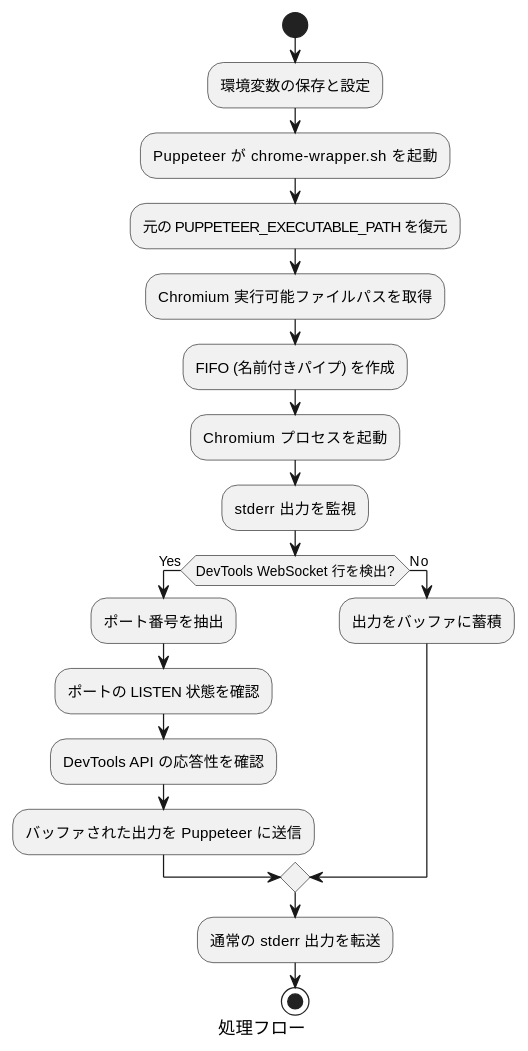
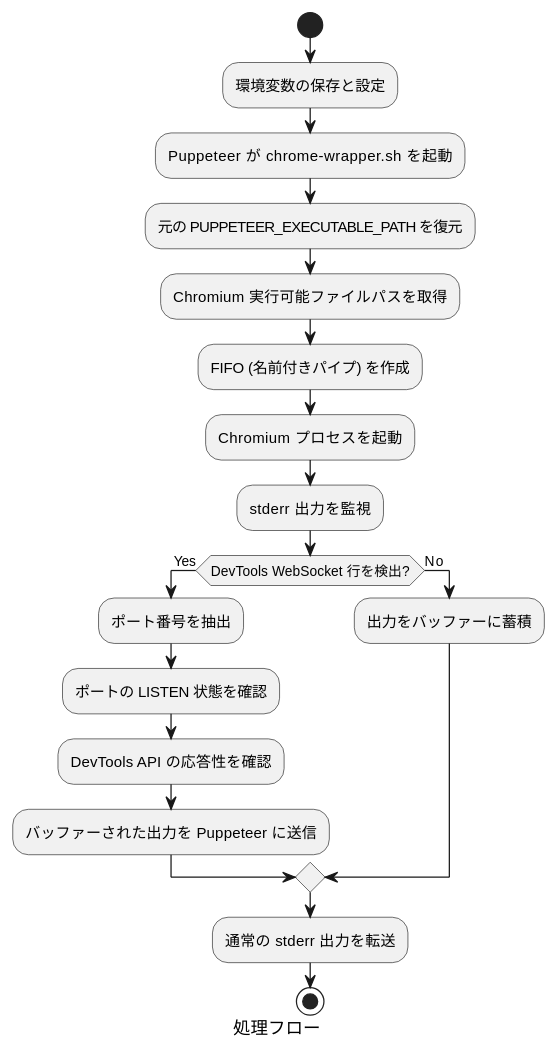
One commit to Hondarer/pub_markdown changed the diagram in docs/chrome-wrapper.md. Above: the diagram before and after it, drawn with PlantUML. The commit also changed other lines of this file and 46 other files, not shown here.

````diff
--- a/docs/chrome-wrapper.md
+++ b/docs/chrome-wrapper.md
@@ -37,23 +37,23 @@
 ```plantuml
 @startuml 処理フロー
     caption 処理フロー
     start
         :環境変数の保存と設定;
         :Puppeteer が chrome-wrapper.sh を起動;
         :元の PUPPETEER_EXECUTABLE_PATH を復元;
         :Chromium 実行可能ファイルパスを取得;
         :FIFO (名前付きパイプ) を作成;
         :Chromium プロセスを起動;
         :stderr 出力を監視;
         if (DevTools WebSocket 行を検出?) then (Yes)
             :ポート番号を抽出;
             :ポートの LISTEN 状態を確認;
             :DevTools API の応答性を確認;
-            :バッファされた出力を Puppeteer に送信;
+            :バッファーされた出力を Puppeteer に送信;
         else (No)
-            :出力をバッファに蓄積;
+            :出力をバッファーに蓄積;
         endif
         :通常の stderr 出力を転送;
     stop
 @enduml
 ```
````
